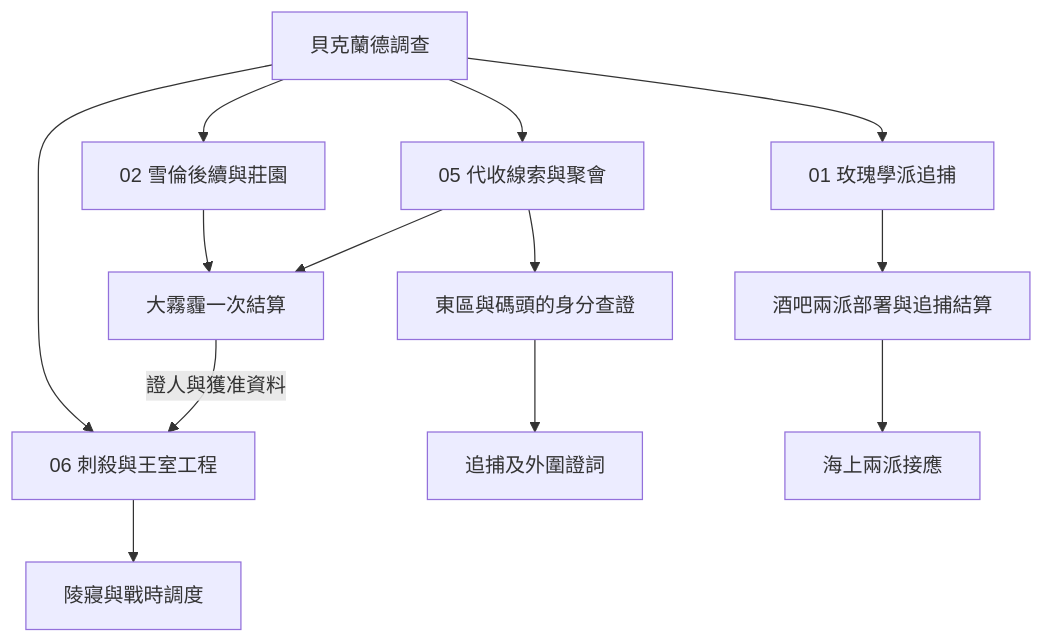
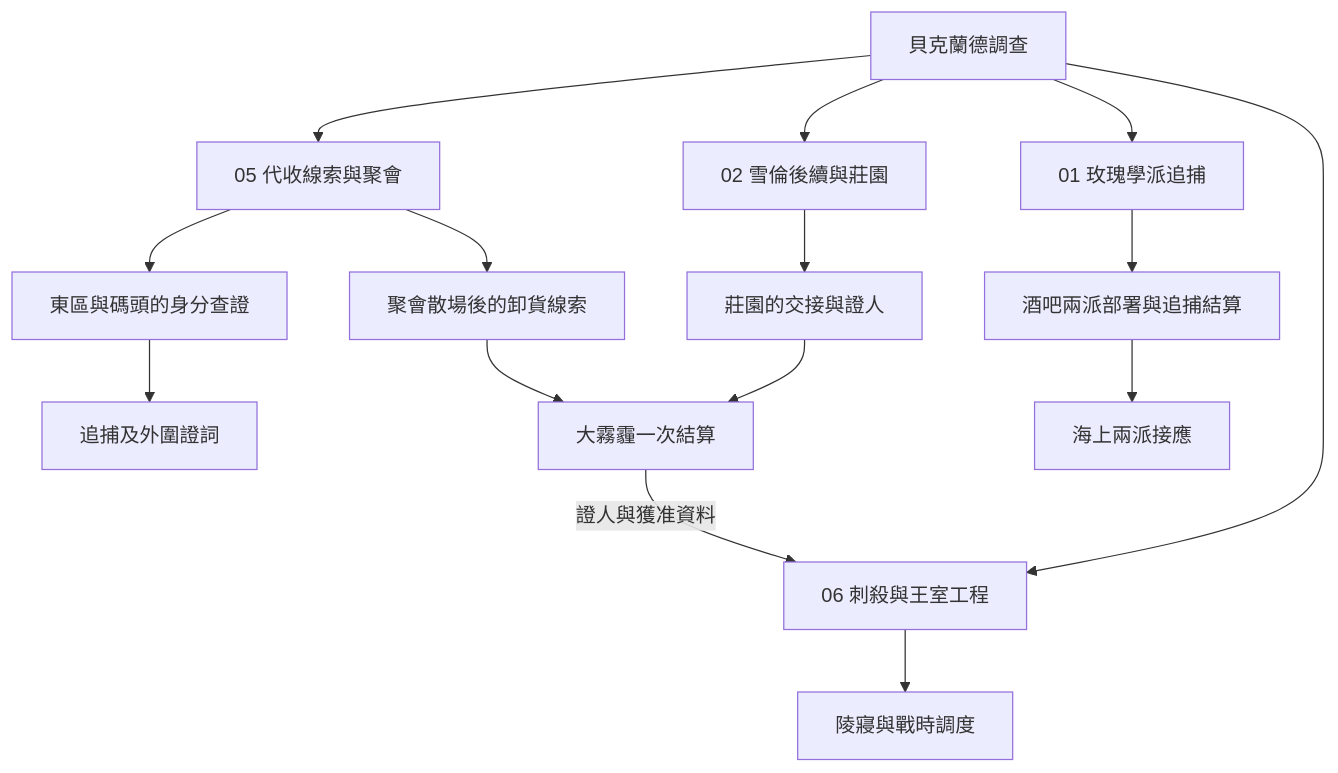
The third of 7 diagrams in game/events/part_one_story_tree.md (dragon961204-cmd/-), drawn with Mermaid before and after one commit. The commit also changed other lines of this file, not shown here.

Commit message:
Connect the gathering and manor branches to the smog story

````diff
--- a/game/events/part_one_story_tree.md
+++ b/game/events/part_one_story_tree.md
@@ -49,15 +49,17 @@
 ```mermaid
 flowchart TD
     A["貝克蘭德調查"] --> B["02 雪倫後續與莊園"]
     A --> C["05 代收線索與聚會"]
     A --> D["01 玫瑰學派追捕"]
     A --> E["06 刺殺與王室工程"]
     C --> I["東區與碼頭的身分查證"]
     I --> J["追捕及外圍證詞"]
-    B --> F["大霧霾一次結算"]
-    C --> F
+    B --> L["莊園的交接與證人"]
+    C --> M["聚會散場後的卸貨線索"]
+    L --> F["大霧霾一次結算"]
+    M --> F
     F -->|"證人與獲准資料"| E
     D --> K["酒吧兩派部署與追捕結算"]
     K --> G["海上兩派接應"]
     E --> H["陵寢與戰時調度"]
 ```
````
